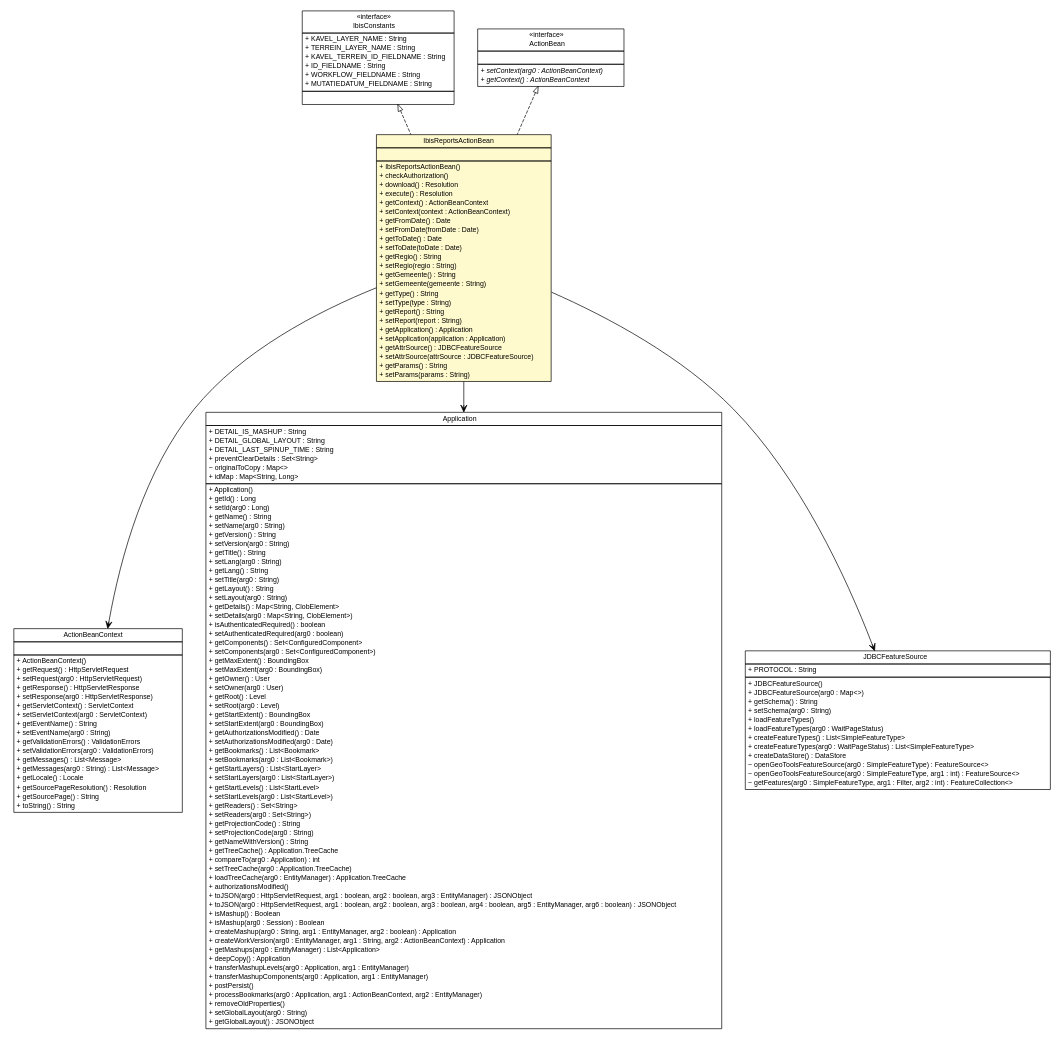
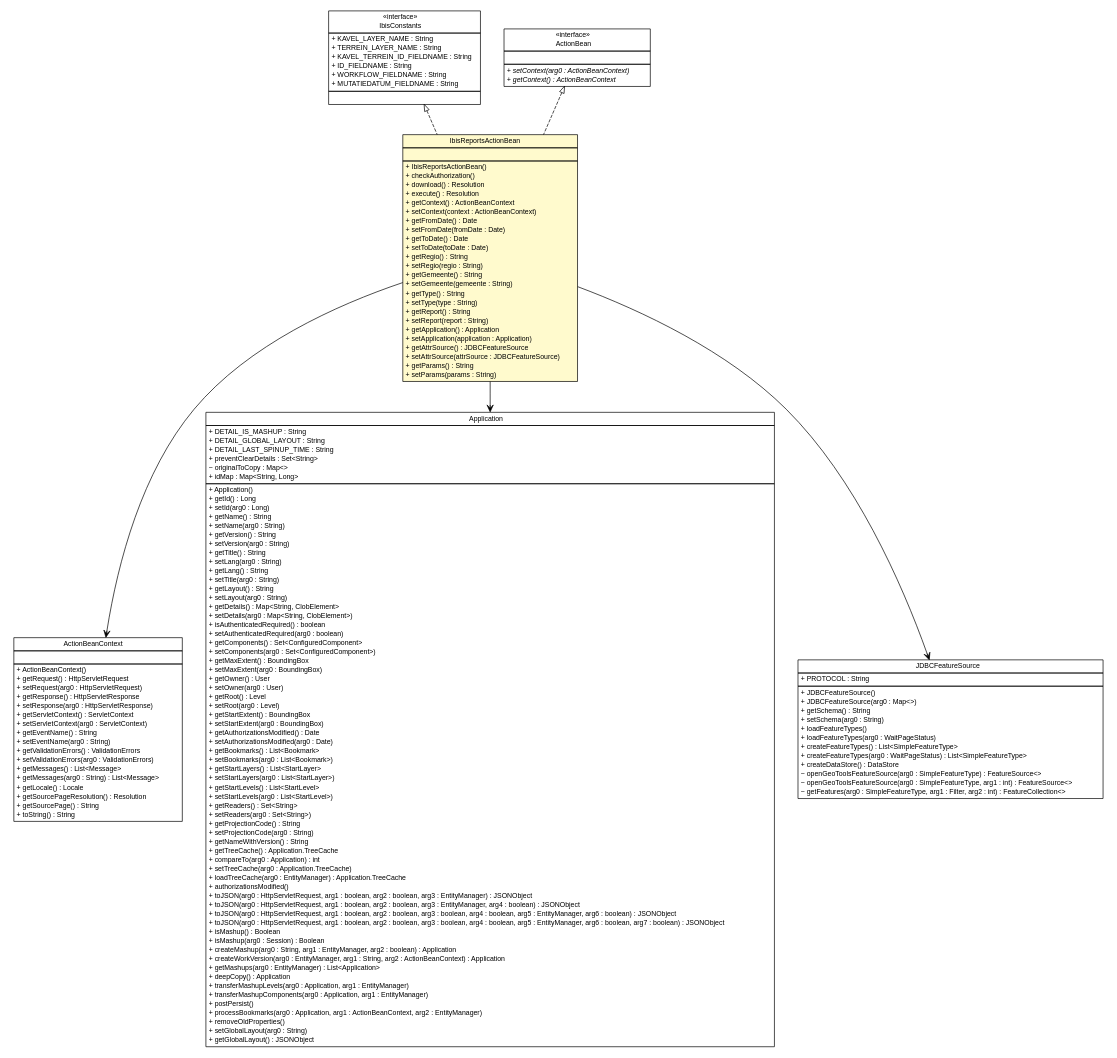
Before and after one commit to B3Partners/flamingo-ibis: the diagram in ibis-viewer/apidocs/nl/b3p/viewer/stripes/IbisReportsActionBean.dot, drawn with Graphviz. The commit also changed 264 other files, not shown here.

```diff
--- a/ibis-viewer/apidocs/nl/b3p/viewer/stripes/IbisReportsActionBean.dot
+++ b/ibis-viewer/apidocs/nl/b3p/viewer/stripes/IbisReportsActionBean.dot
@@ -197,7 +197,9 @@
 <tr><td align="left" balign="left"> + loadTreeCache(arg0 : EntityManager) : Application.TreeCache </td></tr>
 <tr><td align="left" balign="left"> + authorizationsModified() </td></tr>
 <tr><td align="left" balign="left"> + toJSON(arg0 : HttpServletRequest, arg1 : boolean, arg2 : boolean, arg3 : EntityManager) : JSONObject </td></tr>
+<tr><td align="left" balign="left"> + toJSON(arg0 : HttpServletRequest, arg1 : boolean, arg2 : boolean, arg3 : EntityManager, arg4 : boolean) : JSONObject </td></tr>
 <tr><td align="left" balign="left"> + toJSON(arg0 : HttpServletRequest, arg1 : boolean, arg2 : boolean, arg3 : boolean, arg4 : boolean, arg5 : EntityManager, arg6 : boolean) : JSONObject </td></tr>
+<tr><td align="left" balign="left"> + toJSON(arg0 : HttpServletRequest, arg1 : boolean, arg2 : boolean, arg3 : boolean, arg4 : boolean, arg5 : EntityManager, arg6 : boolean, arg7 : boolean) : JSONObject </td></tr>
 <tr><td align="left" balign="left"> + isMashup() : Boolean </td></tr>
 <tr><td align="left" balign="left"> + isMashup(arg0 : Session) : Boolean </td></tr>
 <tr><td align="left" balign="left"> + createMashup(arg0 : String, arg1 : EntityManager, arg2 : boolean) : Application </td></tr>
```
